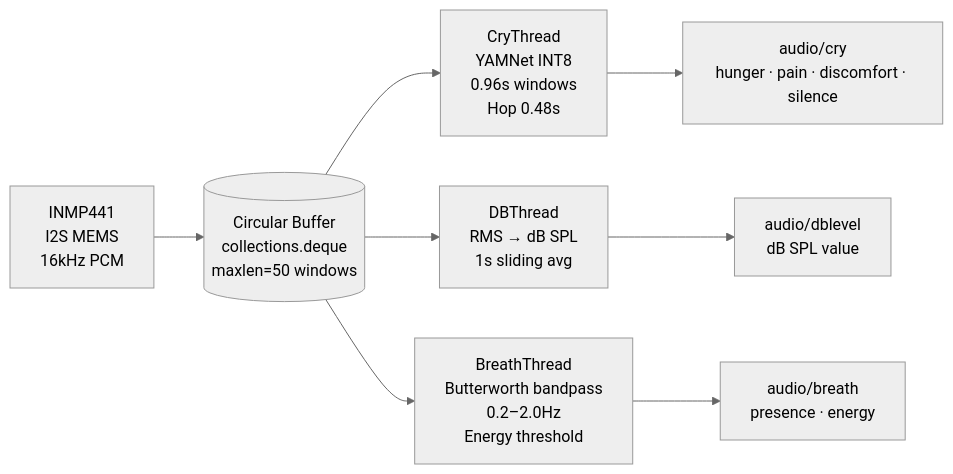
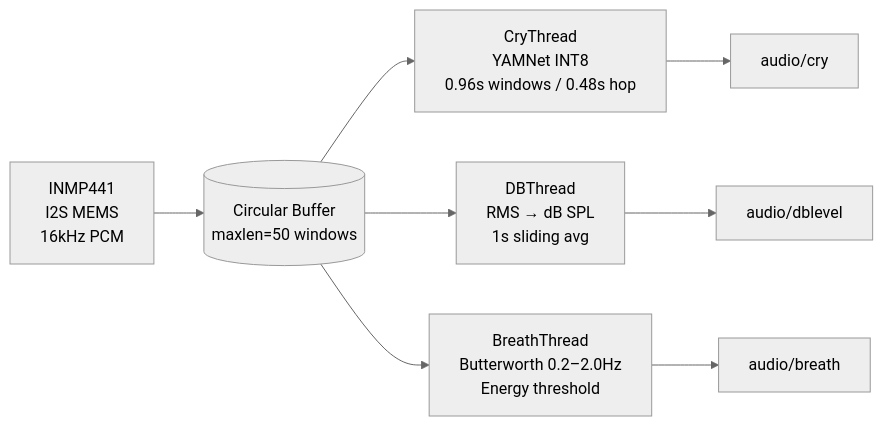
One commit to Hrushikesh-ramilla/Noctivana changed the third of 5 diagrams in README.md. Above: the diagram before and after it, drawn with Mermaid (neutral theme). The commit also changed other lines of this file, not shown here.

Commit message:
docs: add architecture/pipeline/sensor/app/privacy images to README

````diff
--- a/README.md
+++ b/README.md
@@ -319,12 +236,12 @@
 ```mermaid
 flowchart LR
-    MIC[INMP441\nI2S MEMS\n16kHz PCM] --> CIRC[(Circular Buffer\ncollections.deque\nmaxlen=50 windows)]
+    MIC[INMP441\nI2S MEMS\n16kHz PCM] --> CIRC[(Circular Buffer\nmaxlen=50 windows)]
 
-    CIRC --> CRY[CryThread\nYAMNet INT8\n0.96s windows\nHop 0.48s]
+    CIRC --> CRY[CryThread\nYAMNet INT8\n0.96s windows / 0.48s hop]
     CIRC --> DB[DBThread\nRMS → dB SPL\n1s sliding avg]
-    CIRC --> BR[BreathThread\nButterworth bandpass\n0.2–2.0Hz\nEnergy threshold]
+    CIRC --> BR[BreathThread\nButterworth 0.2–2.0Hz\nEnergy threshold]
 
-    CRY --> PUB1[audio/cry\nhunger · pain · discomfort · silence]
-    DB --> PUB2[audio/dblevel\ndB SPL value]
-    BR --> PUB3[audio/breath\npresence · energy]
+    CRY --> P1[audio/cry]
+    DB  --> P2[audio/dblevel]
+    BR  --> P3[audio/breath]
 ```
````
